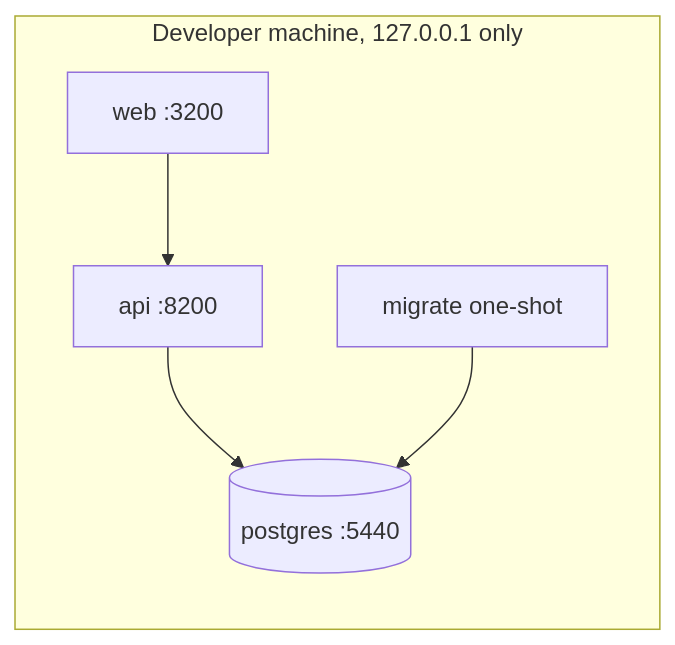
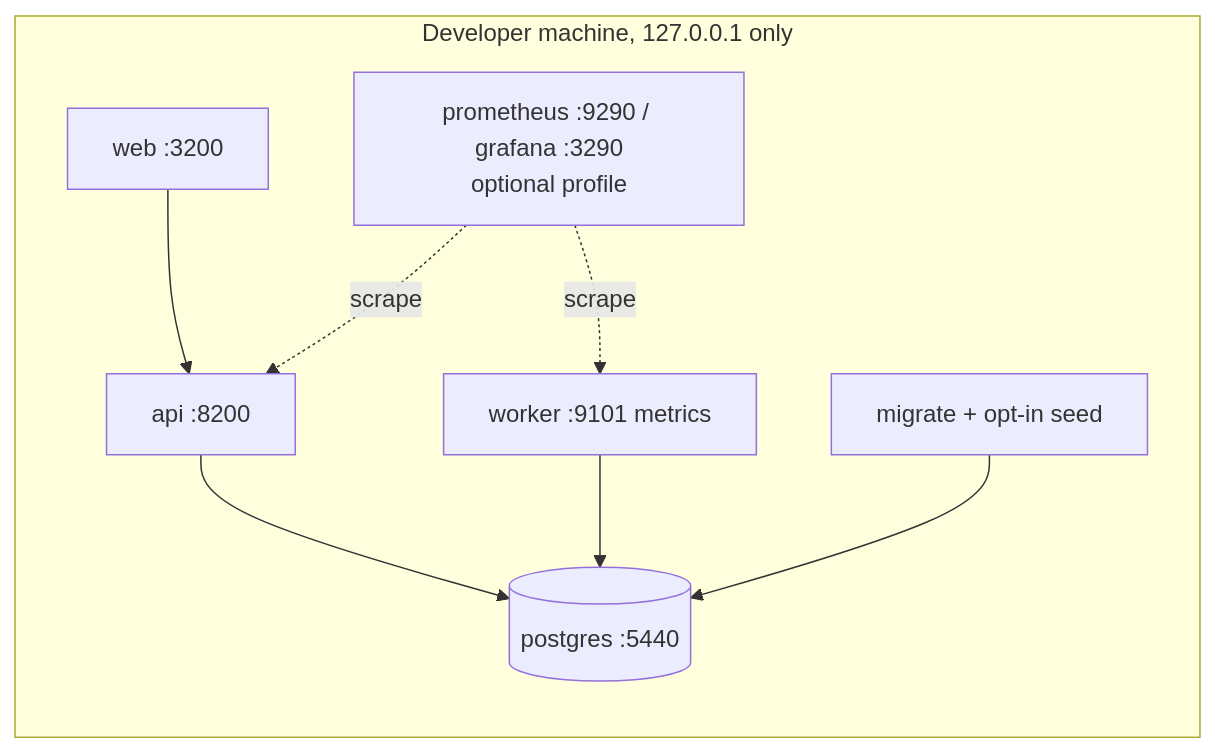
Before and after one commit to bhavanagoud111/nimbrix: the seventh of 7 diagrams in docs/architecture.md, drawn with Mermaid. The commit also changed other lines of this file and 35 other files, not shown here.

````diff
--- a/docs/architecture.md
+++ b/docs/architecture.md
@@ -258,8 +261,10 @@
 ```mermaid
 flowchart LR
   subgraph Host[Developer machine, 127.0.0.1 only]
     W[web :3200] --> A[api :8200]
     A --> D[(postgres :5440)]
-    M[migrate one-shot] --> D
+    K[worker :9101 metrics] --> D
+    M[migrate + opt-in seed] --> D
+    P[prometheus :9290 / grafana :3290<br/>optional profile] -.scrape.-> A & K
   end
 ```
````
